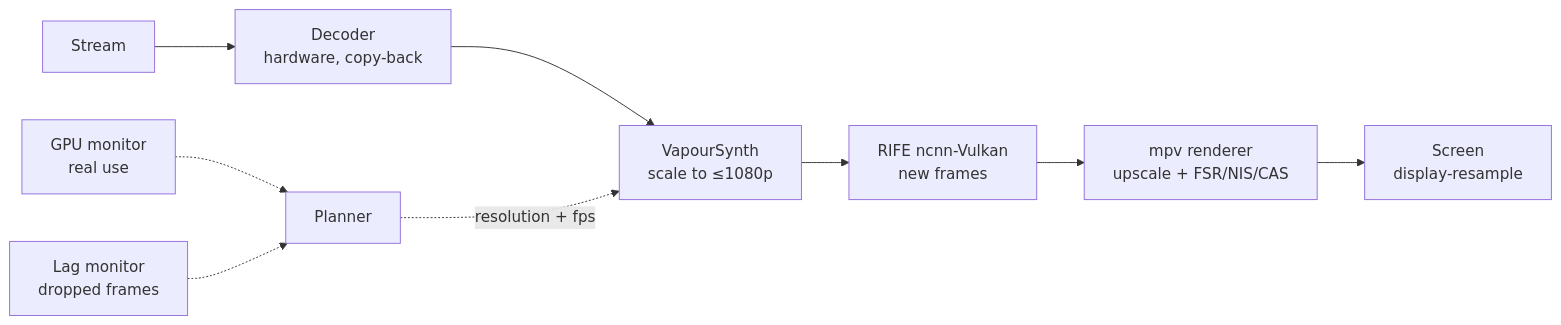
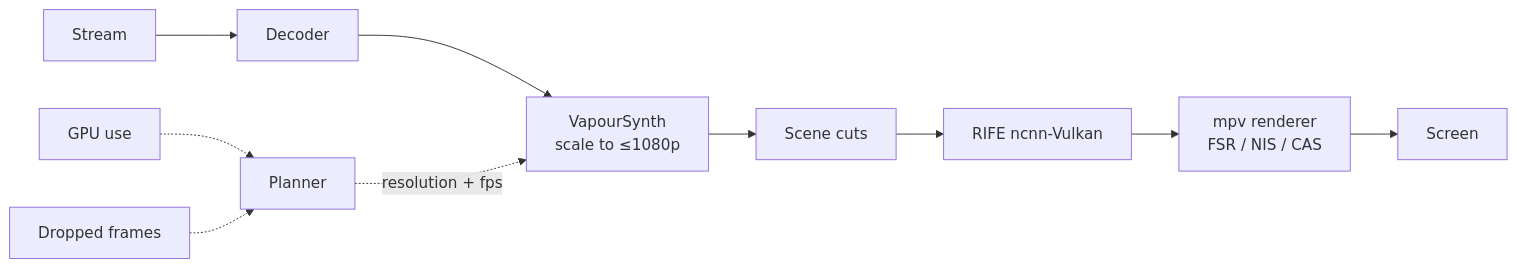
Before and after one commit to abogzah559-wq/harbor-frame-generation: the diagram in README.md, drawn with Mermaid. The commit also changed other lines of this file and 24 other files, not shown here.

````diff
--- a/README.md
+++ b/README.md
@@ -58,11 +53,12 @@
 ```mermaid
 flowchart LR
-    A[Stream] --> B[Decoder<br/>hardware, copy-back]
+    A[Stream] --> B[Decoder]
     B --> C[VapourSynth<br/>scale to ≤1080p]
-    C --> D[RIFE ncnn-Vulkan<br/>new frames]
-    D --> E[mpv renderer<br/>upscale + FSR/NIS/CAS]
-    E --> F[Screen<br/>display-resample]
-    G[GPU monitor<br/>real use] -.-> H[Planner]
-    I[Lag monitor<br/>dropped frames] -.-> H
+    C --> S[Scene cuts]
+    S --> D[RIFE ncnn-Vulkan]
+    D --> E[mpv renderer<br/>FSR / NIS / CAS]
+    E --> F[Screen]
+    G[GPU use] -.-> H[Planner]
+    I[Dropped frames] -.-> H
     H -.->|resolution + fps| C
 ```
````
